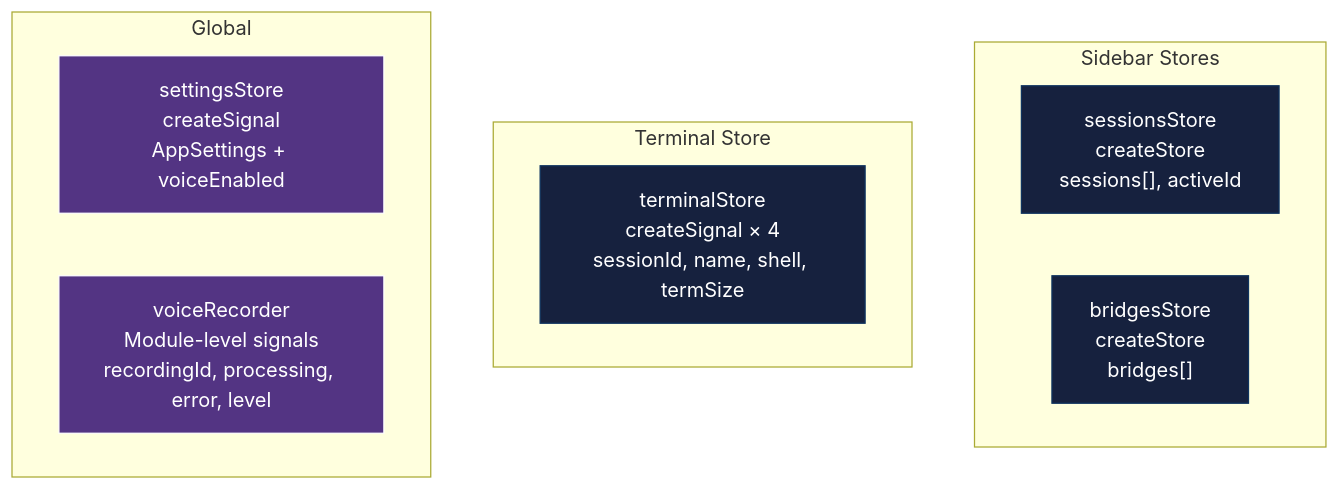
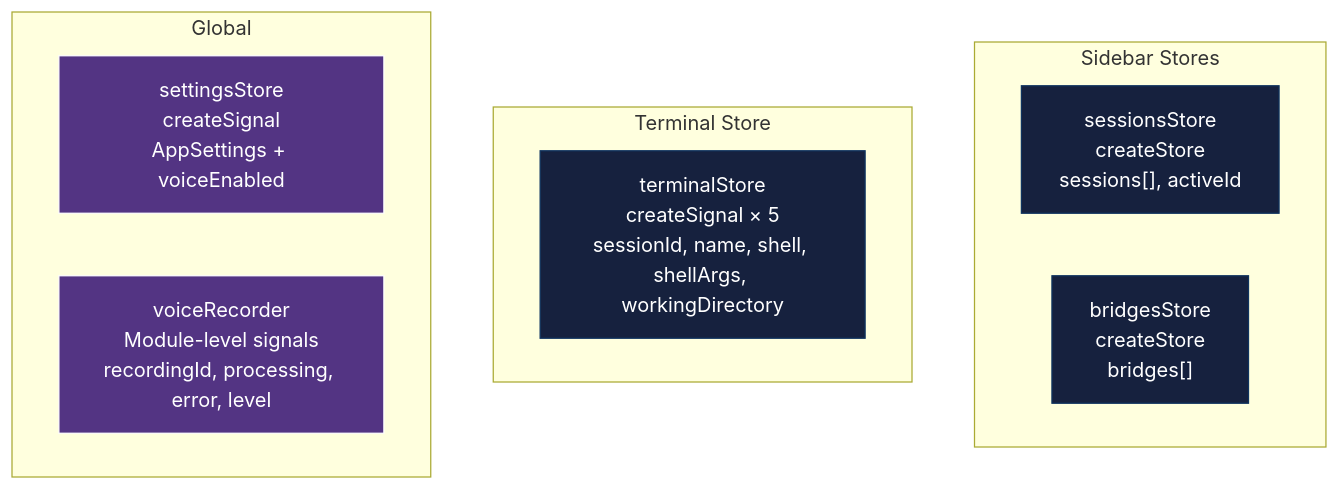
Before and after one commit to mblua/agentscommander: diagram 13 of 15 in docs/architecture.md, drawn with Mermaid. The commit also changed other lines of this file and 3 other files, not shown here.

First line of the commit message:
chore(terminal): remove dead termSize signal and call sites

````diff
--- a/docs/architecture.md
+++ b/docs/architecture.md
@@ -469,22 +469,22 @@
 ```mermaid
 graph TD
     subgraph "Sidebar Stores"
         SS["sessionsStore<br/>createStore<br/>sessions[], activeId"]
         BS["bridgesStore<br/>createStore<br/>bridges[]"]
     end
 
     subgraph "Terminal Store"
-        TS["terminalStore<br/>createSignal × 4<br/>sessionId, name, shell, termSize"]
+        TS["terminalStore<br/>createSignal × 5<br/>sessionId, name, shell, shellArgs, workingDirectory"]
     end
 
     subgraph "Global"
         GS["settingsStore<br/>createSignal<br/>AppSettings + voiceEnabled"]
         VR["voiceRecorder<br/>Module-level signals<br/>recordingId, processing, error, level"]
     end
 
     style SS fill:#16213e,stroke:#0f3460,color:#fff
     style BS fill:#16213e,stroke:#0f3460,color:#fff
     style TS fill:#16213e,stroke:#0f3460,color:#fff
     style GS fill:#533483,stroke:#fff,color:#fff
     style VR fill:#533483,stroke:#fff,color:#fff
 ```
````
